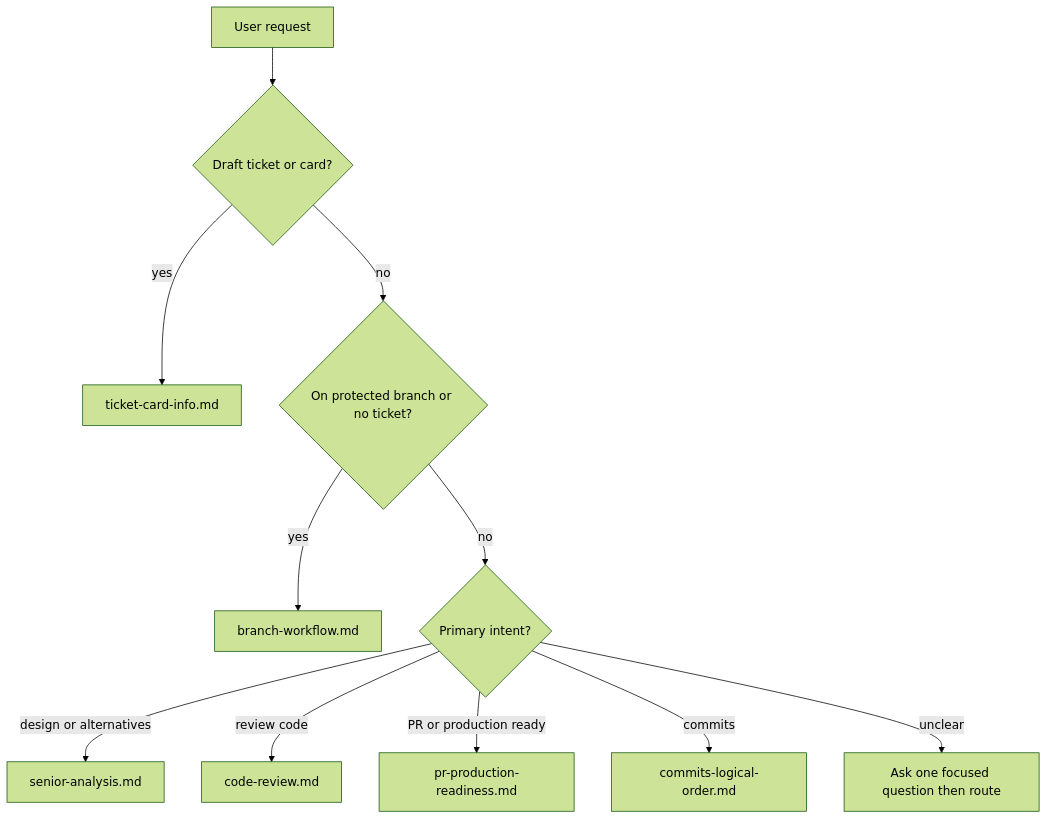
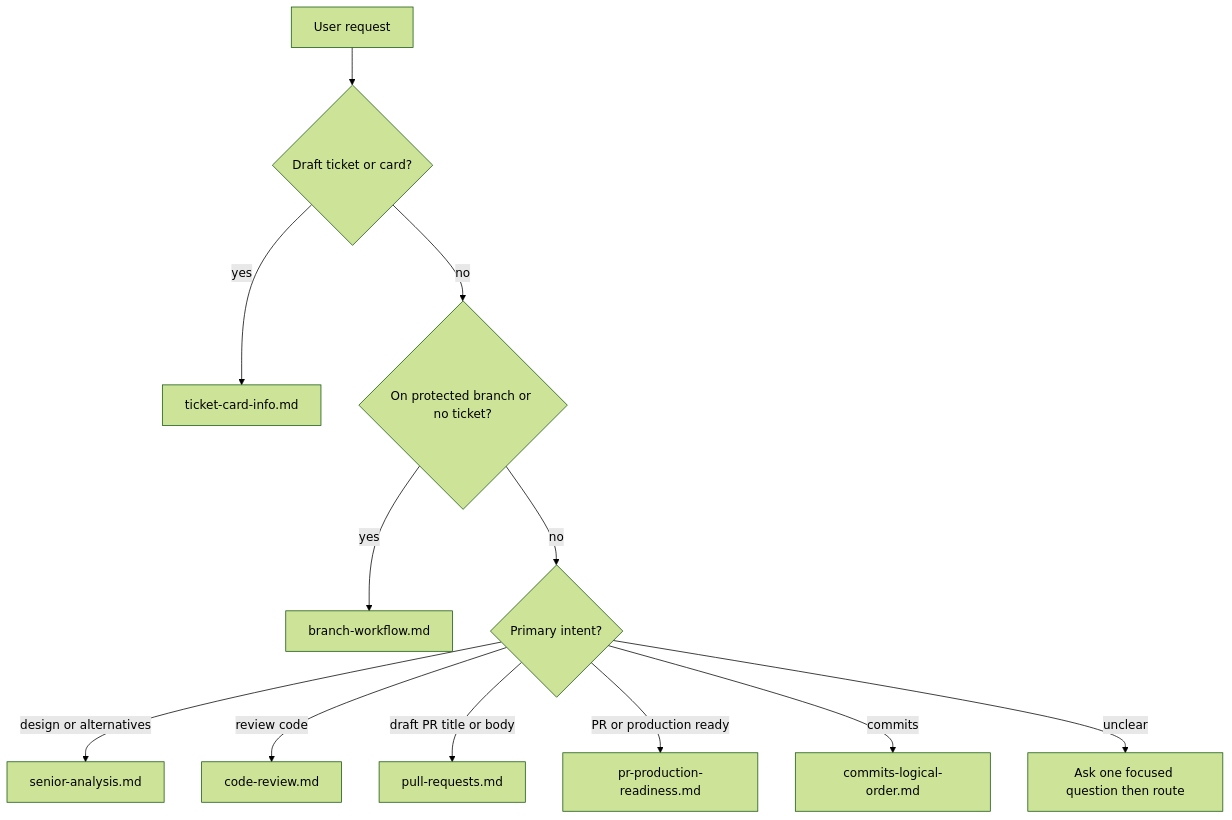
One commit to osuarez1/cursor-dev-workflows changed the diagram in which-workflow.md. Above: the diagram before and after it, drawn with Mermaid (forest theme). The commit also changed other lines of this file and 2 other files, not shown here.

````diff
--- a/which-workflow.md
+++ b/which-workflow.md
@@ -28,14 +29,15 @@
 ```mermaid
 flowchart TD
   start[User request]
   start --> ticket{Draft ticket or card?}
   ticket -->|yes| ticketInfo[ticket-card-info.md]
   ticket -->|no| branch{On protected branch or no ticket?}
   branch -->|yes| bw[branch-workflow.md]
   branch -->|no| intent{Primary intent?}
   intent -->|design or alternatives| sa[senior-analysis.md]
   intent -->|review code| cr[code-review.md]
+  intent -->|draft PR title or body| prConv[pull-requests.md]
   intent -->|PR or production ready| pr[pr-production-readiness.md]
   intent -->|commits| co[commits-logical-order.md]
   intent -->|unclear| ask[Ask one focused question then route]
 ```
````
